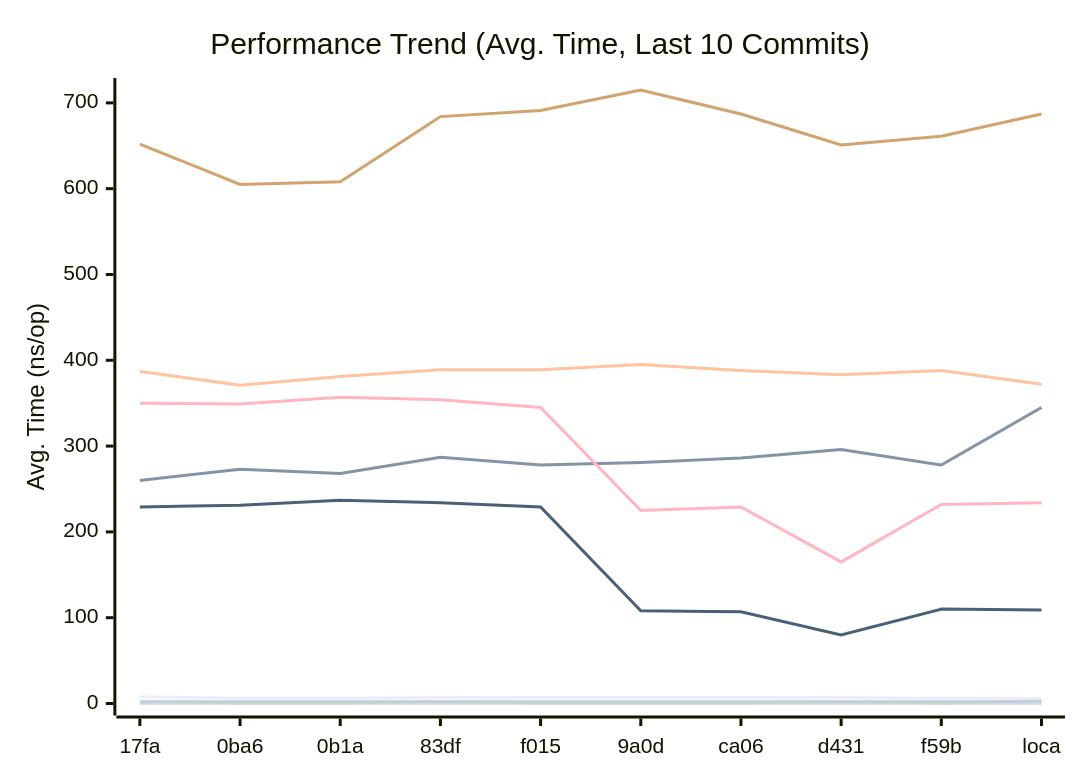
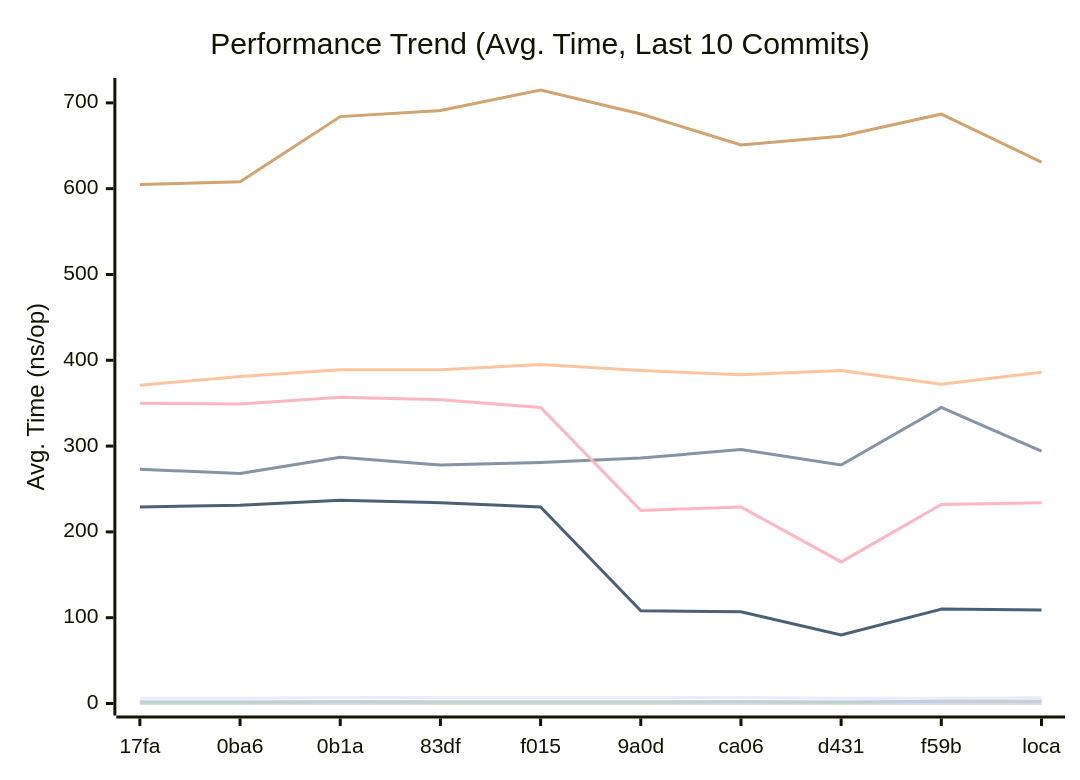
The first of 3 diagrams in docs/PERFORMANCE.md (alsotoes/momo), drawn with Mermaid before and after one commit. The commit also changed other lines of this file and 3 other files, not shown here.

````diff
--- a/docs/PERFORMANCE.md
+++ b/docs/PERFORMANCE.md
@@ -80,16 +80,16 @@
 ```mermaid
 xychart-beta
     title "Performance Trend (Avg. Time, Last 10 Commits)"
     x-axis "Commit"
     y-axis "Avg. Time (ns/op)"
     x-axis [17fa,0ba6,0b1a,83df,f015,9a0d,ca06,d431,f59b,loca]
-    line "CheckMetricsAndSwap" [8,6,6,7,7,7,7,7,6,6]
-    line "CrushOptimized" [260,273,268,287,278,281,286,296,278,345]
-    line "CrushOriginal" [387,371,381,389,389,395,388,383,388,372]
+    line "CheckMetricsAndSwap" [6,6,7,7,7,7,7,6,6,7]
+    line "CrushOptimized" [273,268,287,278,281,286,296,278,345,294]
+    line "CrushOriginal" [371,381,389,389,395,388,383,388,372,386]
     line "IndexDirectTracking" [0,0,0,0,0,0,0,0,0,0]
-    line "IndexSearch" [2,1,1,2,1,1,1,2,1,3]
-    line "LoadGlobalConfig" [652,605,608,684,691,715,687,651,661,687]
+    line "IndexSearch" [1,1,2,1,1,1,2,1,3,3]
+    line "LoadGlobalConfig" [605,608,684,691,715,687,651,661,687,631]
     line "PadString" [2,2,2,2,2,2,2,2,2,2]
     line "ParseReplicationOrder_NoPrealloc" [350,349,357,354,345,225,229,165,232,234]
     line "ParseReplicationOrder_Prealloc" [229,231,237,234,229,108,107,80,110,109]
 ```
````
